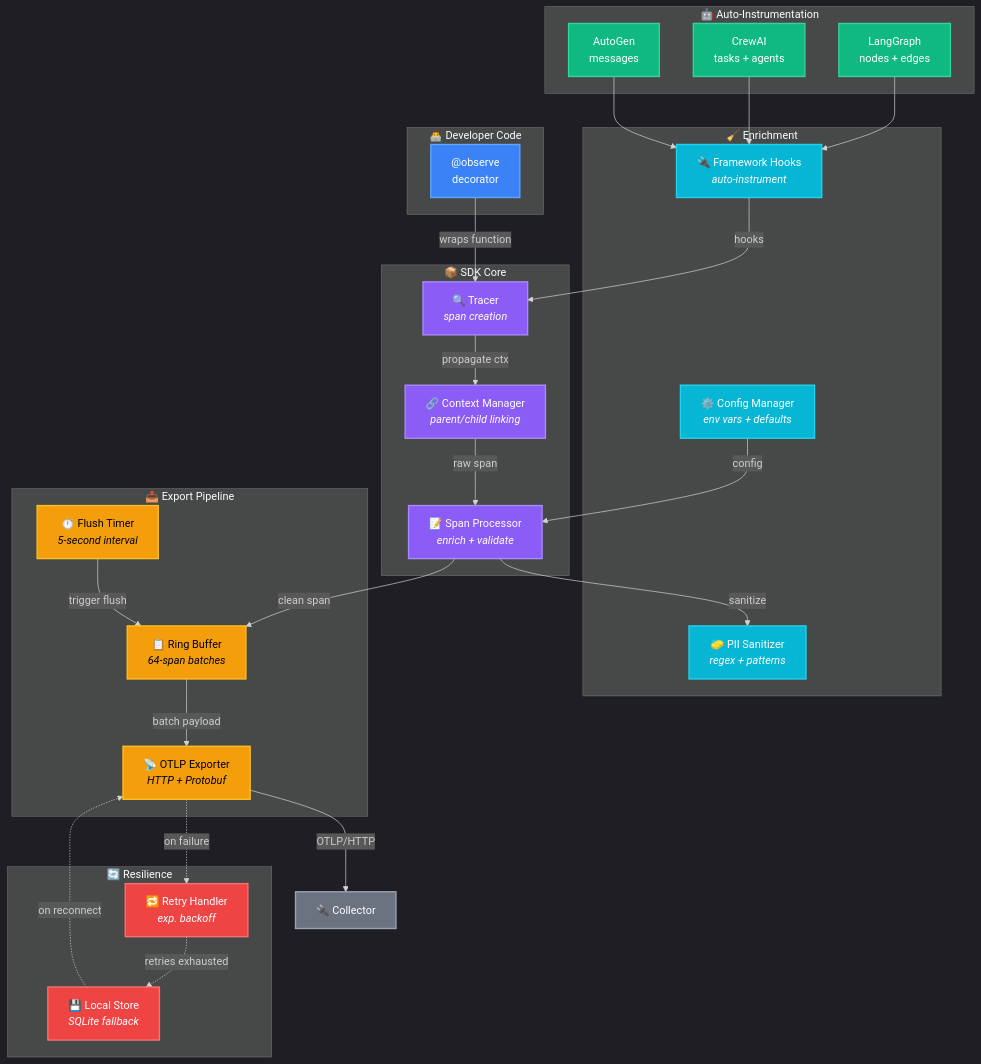
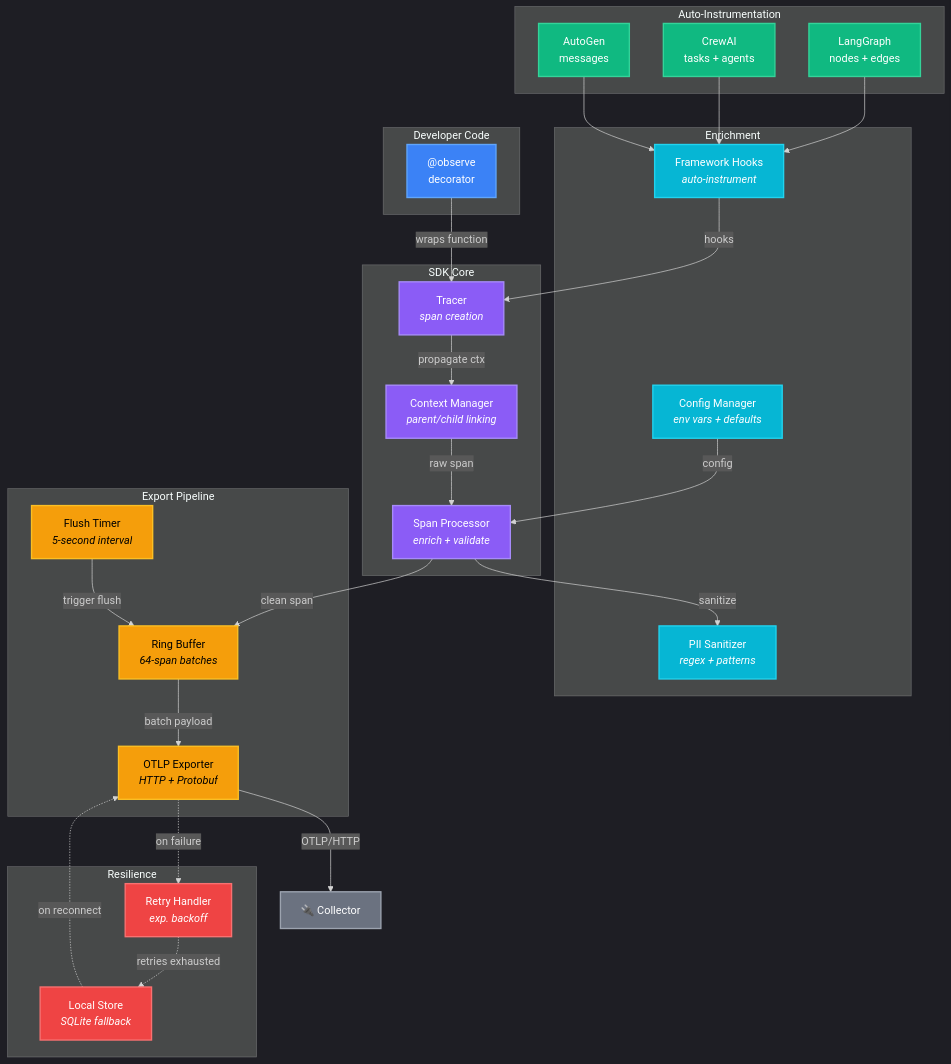
One commit to Ramakrishna1967/AgentState changed the third of 7 diagrams in README.md. Above: the diagram before and after it, drawn with Mermaid. The commit also changed other lines of this file, not shown here.

````diff
--- a/README.md
+++ b/README.md
@@ -146,69 +146,69 @@
 ```mermaid
 %%{init: {'theme':'dark'}}%%
 graph TD
-    subgraph UserCode["👨‍💻 Developer Code"]
+    subgraph UserCode[" Developer Code"]
         A["@observe<br/>decorator"]
     end
 
-    subgraph SDKCore["📦 SDK Core"]
-        B["🔍 Tracer<br/><i>span creation</i>"]
-        C["🔗 Context Manager<br/><i>parent/child linking</i>"]
-        D["📝 Span Processor<br/><i>enrich + validate</i>"]
+    subgraph SDKCore[" SDK Core"]
+        B[" Tracer<br/><i>span creation</i>"]
+        C[" Context Manager<br/><i>parent/child linking</i>"]
+        D[" Span Processor<br/><i>enrich + validate</i>"]
     end
 
-    subgraph Enrichment["🧹 Enrichment"]
-        E["🧽 PII Sanitizer<br/><i>regex + patterns</i>"]
-        F["⚙️ Config Manager<br/><i>env vars + defaults</i>"]
-        G["🔌 Framework Hooks<br/><i>auto-instrument</i>"]
+    subgraph Enrichment[" Enrichment"]
+        E[" PII Sanitizer<br/><i>regex + patterns</i>"]
+        F[" Config Manager<br/><i>env vars + defaults</i>"]
+        G["Framework Hooks<br/><i>auto-instrument</i>"]
     end
 
-    subgraph Export["📤 Export Pipeline"]
-        H["📋 Ring Buffer<br/><i>64-span batches</i>"]
-        I["⏱️ Flush Timer<br/><i>5-second interval</i>"]
-        J["📡 OTLP Exporter<br/><i>HTTP + Protobuf</i>"]
+    subgraph Export[" Export Pipeline"]
+        H[" Ring Buffer<br/><i>64-span batches</i>"]
+        I[" Flush Timer<br/><i>5-second interval</i>"]
+        J[" OTLP Exporter<br/><i>HTTP + Protobuf</i>"]
     end
 
-    subgraph Fallback["🔄 Resilience"]
-        K["💾 Local Store<br/><i>SQLite fallback</i>"]
-        L["🔁 Retry Handler<br/><i>exp. backoff</i>"]
+    subgraph Fallback[" Resilience"]
+        K[" Local Store<br/><i>SQLite fallback</i>"]
+        L[" Retry Handler<br/><i>exp. backoff</i>"]
     end
 
-    subgraph Frameworks["🤖 Auto-Instrumentation"]
+    subgraph Frameworks[" Auto-Instrumentation"]
         M["LangGraph<br/>nodes + edges"]
         N["CrewAI<br/>tasks + agents"]
         O["AutoGen<br/>messages"]
     end
 
     A -->|"wraps function"| B
     B -->|"propagate ctx"| C
     C -->|"raw span"| D
     D -->|"sanitize"| E
     F -->|"config"| D
     G -->|"hooks"| B
     D -->|"clean span"| H
     I -->|"trigger flush"| H
     H -->|"batch payload"| J
     J -->|"OTLP/HTTP"| External["🔌 Collector"]
     J -.->|"on failure"| L
     L -.->|"retries exhausted"| K
     K -.->|"on reconnect"| J
     M --> G
     N --> G
     O --> G
 
     classDef user fill:#3b82f6,stroke:#60a5fa,color:#fff,stroke-width:2px
     classDef core fill:#8b5cf6,stroke:#a78bfa,color:#fff,stroke-width:2px
     classDef enrich fill:#06b6d4,stroke:#22d3ee,color:#fff,stroke-width:2px
     classDef export fill:#f59e0b,stroke:#fbbf24,color:#000,stroke-width:2px
     classDef fallback fill:#ef4444,stroke:#f87171,color:#fff,stroke-width:2px
     classDef framework fill:#10b981,stroke:#34d399,color:#fff,stroke-width:2px
     classDef external fill:#6b7280,stroke:#9ca3af,color:#fff,stroke-width:2px
 
     class A user
     class B,C,D core
     class E,F,G enrich
     class H,I,J export
     class K,L fallback
     class M,N,O framework
     class External external
 ```
````
